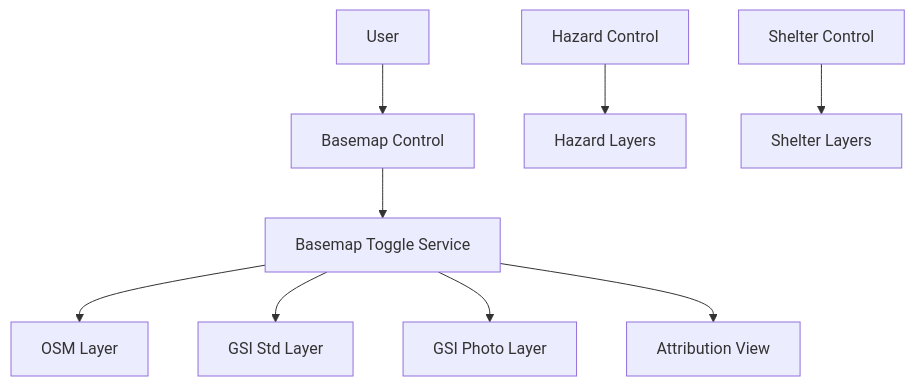
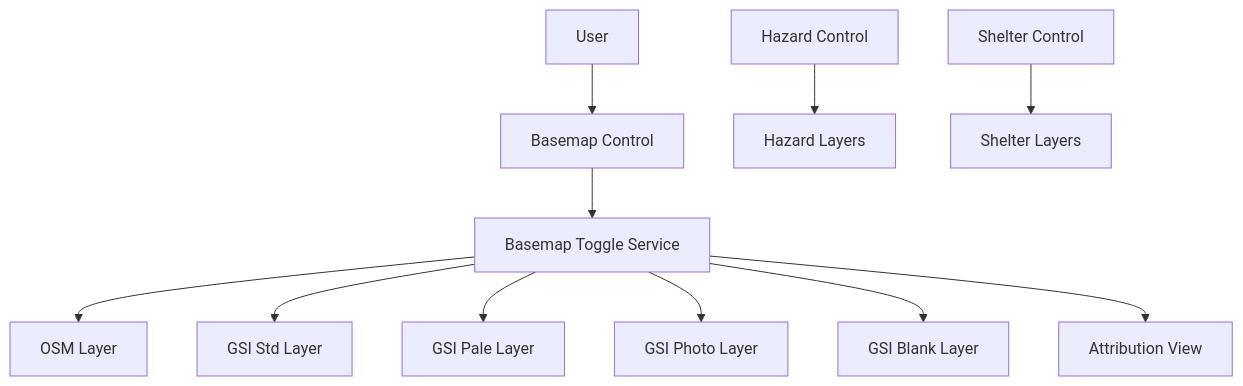
The first of 2 diagrams in 04_advanced_with_cc-sdd/.kiro/specs/basemap-switcher/design.md (miyato1122/location-tech-sample-v1), drawn with Mermaid before and after one commit. The commit also changed other lines of this file and 8 other files, not shown here.

First line of the commit message:
feat(basemap-switcher): 地理院地図（淡色）を背景地図に追加する

````diff
--- a/04_advanced_with_cc-sdd/.kiro/specs/basemap-switcher/design.md
+++ b/04_advanced_with_cc-sdd/.kiro/specs/basemap-switcher/design.md
@@ -57,11 +57,13 @@
 ```mermaid
 graph TB
     User[User] --> BasemapControl[Basemap Control]
     BasemapControl --> BasemapService[Basemap Toggle Service]
     BasemapService --> OsmLayer[OSM Layer]
     BasemapService --> GsiStdLayer[GSI Std Layer]
+    BasemapService --> GsiPaleLayer[GSI Pale Layer]
     BasemapService --> GsiPhotoLayer[GSI Photo Layer]
+    BasemapService --> GsiBlankLayer[GSI Blank Layer]
     BasemapService --> AttributionView[Attribution View]
     HazardControl[Hazard Control] --> HazardLayers[Hazard Layers]
     ShelterControl[Shelter Control] --> ShelterLayers[Shelter Layers]
 ```
````
